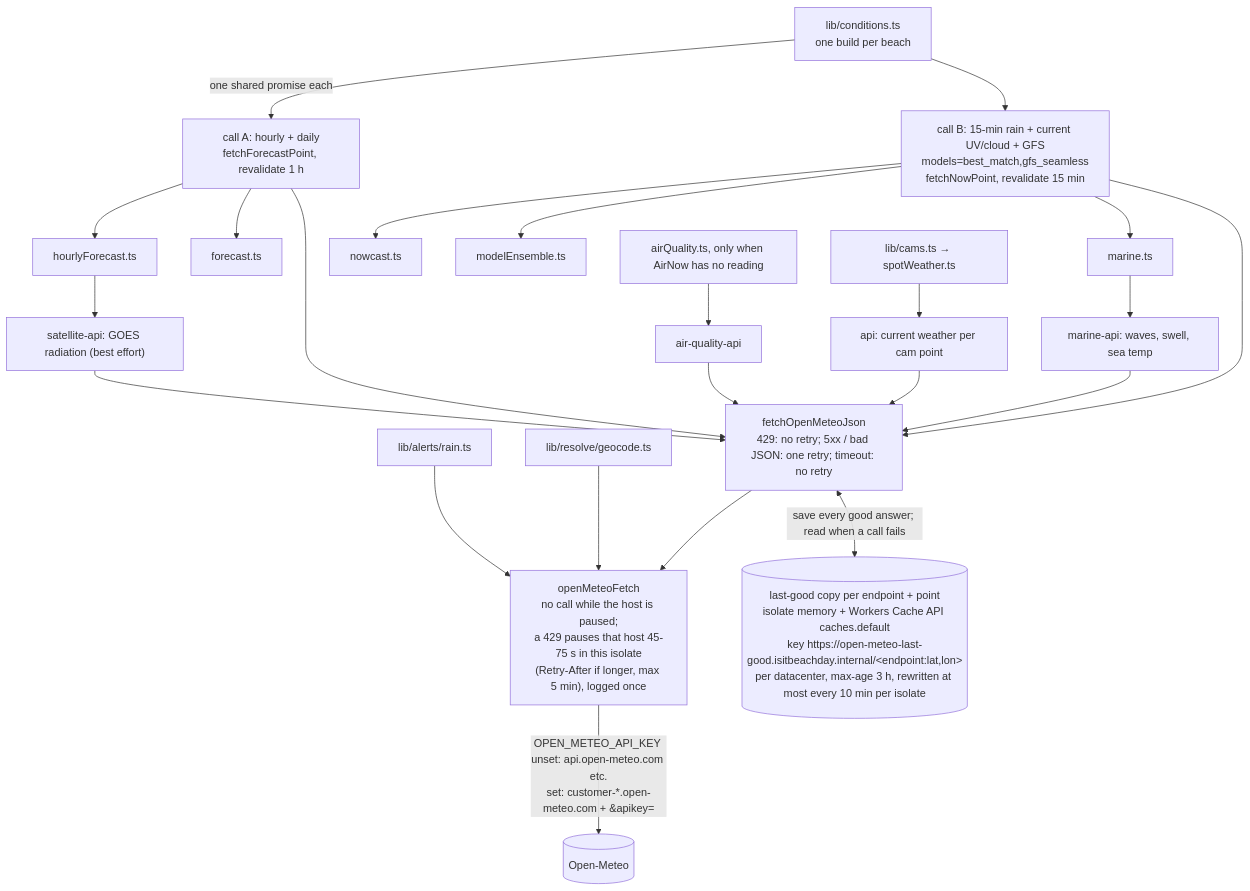
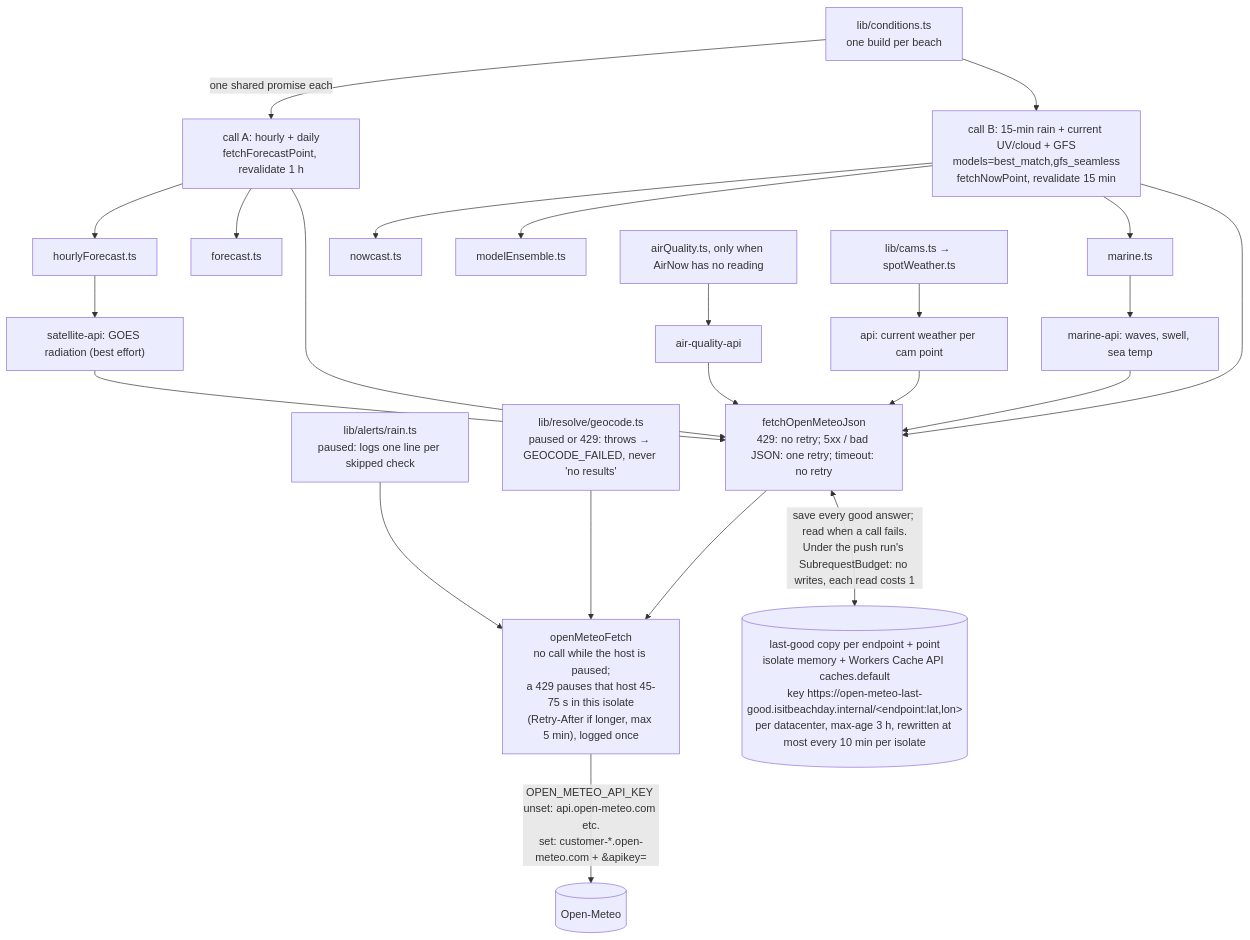
The second of 5 diagrams in docs/architecture.md (jayfrid-bot/bocabeach), drawn with Mermaid before and after one commit. The commit also changed other lines of this file and 18 other files, not shown here.

````diff
--- a/docs/architecture.md
+++ b/docs/architecture.md
@@ -171,17 +171,17 @@
 ```mermaid
 flowchart TD
   PIPE2[lib/conditions.ts<br/>one build per beach] -->|"one shared promise each"| A["call A: hourly + daily<br/>fetchForecastPoint, revalidate 1 h"]
   PIPE2 --> B["call B: 15-min rain + current UV/cloud + GFS<br/>models=best_match,gfs_seamless<br/>fetchNowPoint, revalidate 15 min"]
   A --> HOURLY2[hourlyForecast.ts] & DAILY2[forecast.ts]
   B --> NOWCAST2[nowcast.ts] & GFS2[modelEnsemble.ts] & MARINE2[marine.ts]
   MARINE2 --> MAPI["marine-api: waves, swell, sea temp"]
   HOURLY2 --> SAT2["satellite-api: GOES radiation (best effort)"]
   AIR2[airQuality.ts, only when AirNow has no reading] --> AQAPI[air-quality-api]
   CAMS2[lib/cams.ts → spotWeather.ts] --> SPOT2["api: current weather per cam point"]
-  RAIN2[lib/alerts/rain.ts] --> FETCH2
-  GEO2[lib/resolve/geocode.ts] --> FETCH2
+  RAIN2["lib/alerts/rain.ts<br/>paused: logs one line per skipped check"] --> FETCH2
+  GEO2["lib/resolve/geocode.ts<br/>paused or 429: throws → GEOCODE_FAILED, never 'no results'"] --> FETCH2
   A & B & MAPI & SAT2 & AQAPI & SPOT2 --> JSON2["fetchOpenMeteoJson<br/>429: no retry; 5xx / bad JSON: one retry; timeout: no retry"]
   JSON2 --> FETCH2["openMeteoFetch<br/>no call while the host is paused;<br/>a 429 pauses that host 45-75 s in this isolate<br/>(Retry-After if longer, max 5 min), logged once"]
   FETCH2 -->|"OPEN_METEO_API_KEY unset: api.open-meteo.com etc.<br/>set: customer-*.open-meteo.com + &apikey="| OM[(Open-Meteo)]
-  JSON2 <-->|"save every good answer; read when a call fails"| LG[("last-good copy per endpoint + point<br/>isolate memory + Workers Cache API caches.default<br/>key https://open-meteo-last-good.isitbeachday.internal/&lt;endpoint:lat,lon&gt;<br/>per datacenter, max-age 3 h, rewritten at most every 10 min per isolate")]
+  JSON2 <-->|"save every good answer; read when a call fails.<br/>Under the push run's SubrequestBudget: no writes, each read costs 1"| LG[("last-good copy per endpoint + point<br/>isolate memory + Workers Cache API caches.default<br/>key https://open-meteo-last-good.isitbeachday.internal/&lt;endpoint:lat,lon&gt;<br/>per datacenter, max-age 3 h, rewritten at most every 10 min per isolate")]
 ```
````
